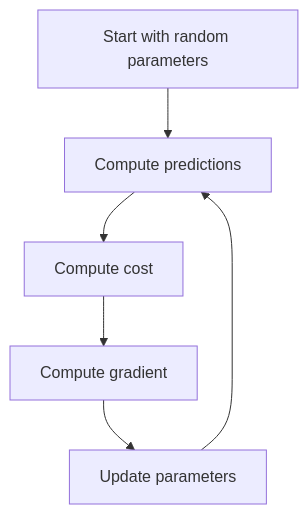
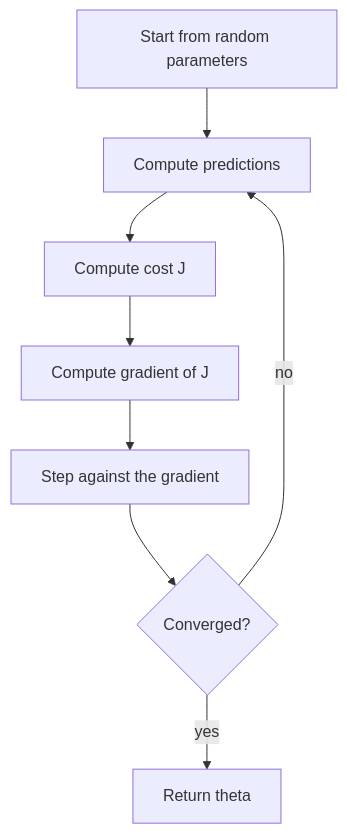
Before and after one commit to Ravikisha/PythonCentralHub: the first of 2 diagrams in src/content/docs/Machine Learning/Phase 03 - Supervised Learning - Regression/Gradient Descent Explained.mdx, drawn with Mermaid. The commit also changed other lines of this file and 1327 other files, not shown here.

````diff
--- a/src/content/docs/Machine Learning/Phase 03 - Supervised Learning - Regression/Gradient Descent Explained.mdx
+++ b/src/content/docs/Machine Learning/Phase 03 - Supervised Learning - Regression/Gradient Descent Explained.mdx
@@ -17,8 +31,10 @@
 ```mermaid
 flowchart TD
-  A[Start with random parameters] --> B[Compute predictions]
-  B --> C[Compute cost]
-  C --> D[Compute gradient]
-  D --> E[Update parameters]
-  E --> B
+  A["Start from random parameters"] --> B["Compute predictions"]
+  B --> C["Compute cost J"]
+  C --> D["Compute gradient of J"]
+  D --> E["Step against the gradient"]
+  E --> F{"Converged?"}
+  F -->|no| B
+  F -->|yes| G["Return theta"]
 ```
````
